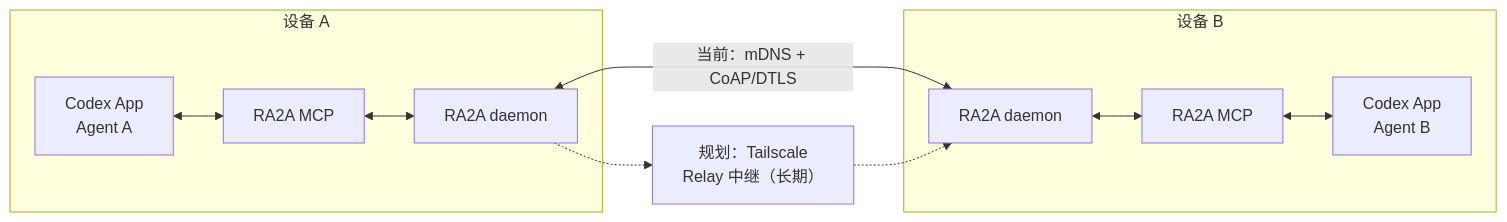
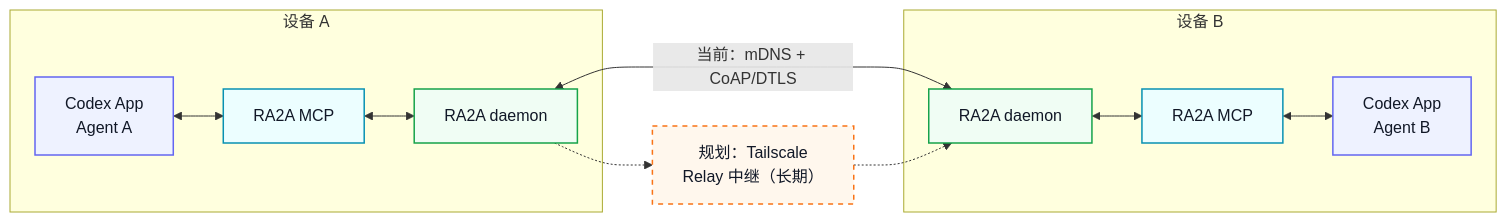
The diagram in README.md (ceasarXuu/RA2A), drawn with Mermaid before and after one commit. The commit also changed other lines of this file, not shown here.

````diff
--- a/README.md
+++ b/README.md
@@ -22,13 +22,23 @@
 ```mermaid
 flowchart LR
     subgraph A["设备 A"]
         A1["Codex App<br/>Agent A"] <--> A2["RA2A MCP"] <--> A3["RA2A daemon"]
     end
 
     subgraph B["设备 B"]
         B3["RA2A daemon"] <--> B2["RA2A MCP"] <--> B1["Codex App<br/>Agent B"]
     end
 
     A3 <-->|"当前：mDNS + CoAP/DTLS"| B3
     A3 -.-> R["规划：Tailscale<br/>Relay 中继（长期）"] -.-> B3
+
+    classDef app fill:#eef2ff,stroke:#6366f1,color:#111827,stroke-width:1.5px
+    classDef mcp fill:#ecfeff,stroke:#0891b2,color:#111827,stroke-width:1.5px
+    classDef daemon fill:#f0fdf4,stroke:#16a34a,color:#111827,stroke-width:1.5px
+    classDef roadmap fill:#fff7ed,stroke:#f97316,color:#111827,stroke-width:1.5px,stroke-dasharray:5 5
+
+    class A1,B1 app
+    class A2,B2 mcp
+    class A3,B3 daemon
+    class R roadmap
 ```
````
